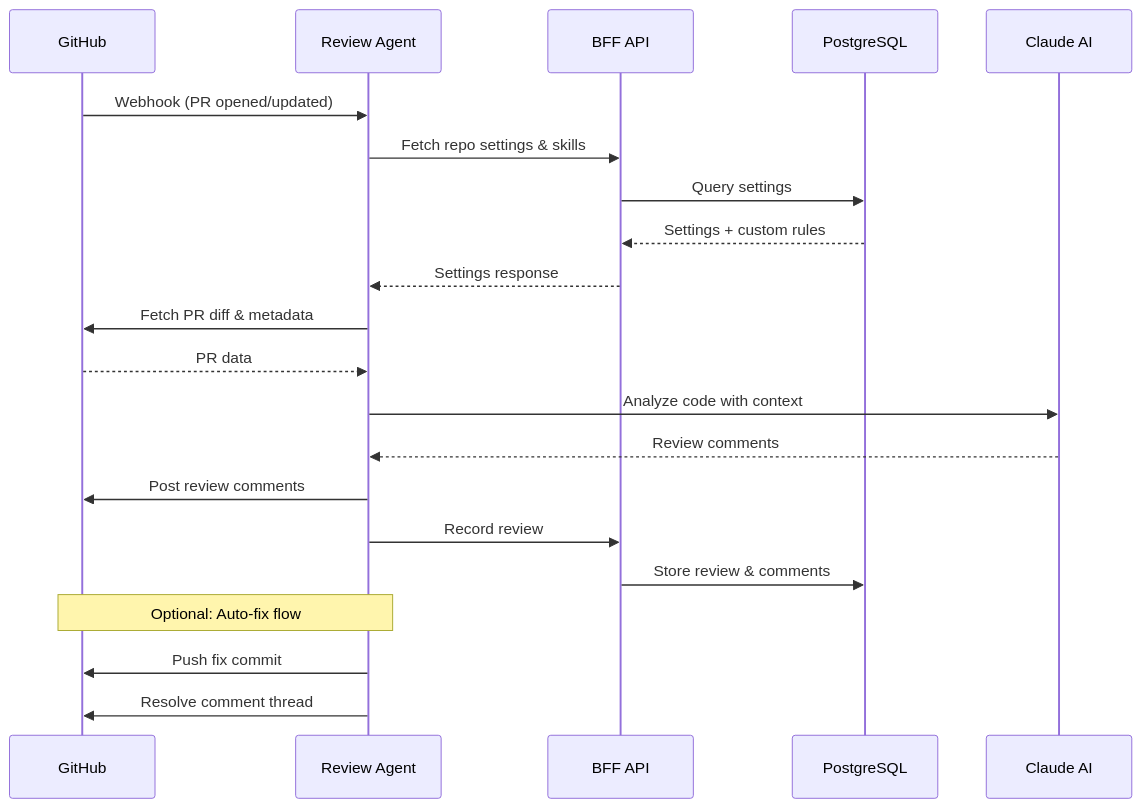
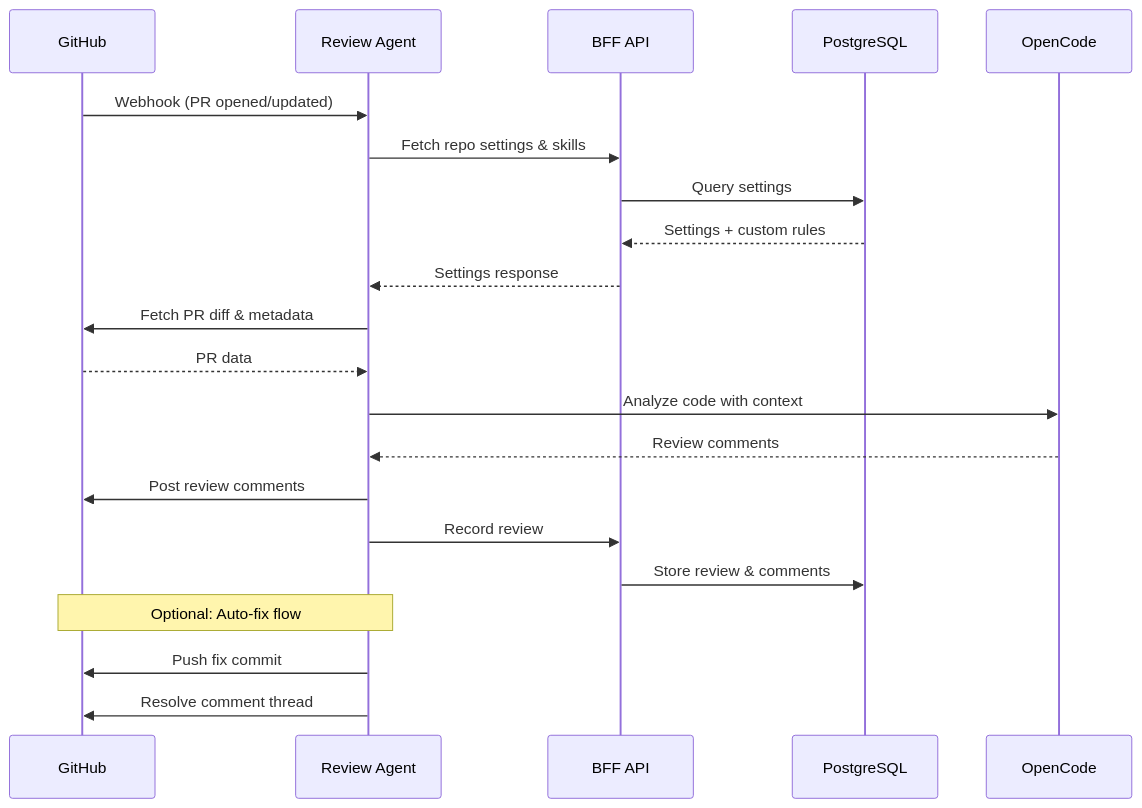
The second of 4 diagrams in ARCHITECTURE.md (antiptrn/opendiff), drawn with Mermaid before and after one commit. The commit also changed other lines of this file and 48 other files, not shown here.

Commit message:
feat(ai): migrate agent runtime to OpenCode and unify auth config

````diff
--- a/ARCHITECTURE.md
+++ b/ARCHITECTURE.md
@@ -90,28 +90,28 @@
 ```mermaid
 sequenceDiagram
     participant GH as GitHub
     participant Agent as Review Agent
     participant BFF as BFF API
     participant DB as PostgreSQL
-    participant Claude as Claude AI
+    participant OpenCode as OpenCode
 
     GH->>Agent: Webhook (PR opened/updated)
     Agent->>BFF: Fetch repo settings & skills
     BFF->>DB: Query settings
     DB-->>BFF: Settings + custom rules
     BFF-->>Agent: Settings response
 
     Agent->>GH: Fetch PR diff & metadata
     GH-->>Agent: PR data
 
-    Agent->>Claude: Analyze code with context
-    Claude-->>Agent: Review comments
+    Agent->>OpenCode: Analyze code with context
+    OpenCode-->>Agent: Review comments
 
     Agent->>GH: Post review comments
     Agent->>BFF: Record review
     BFF->>DB: Store review & comments
 
     Note over Agent,GH: Optional: Auto-fix flow
     Agent->>GH: Push fix commit
     Agent->>GH: Resolve comment thread
 ```
````
